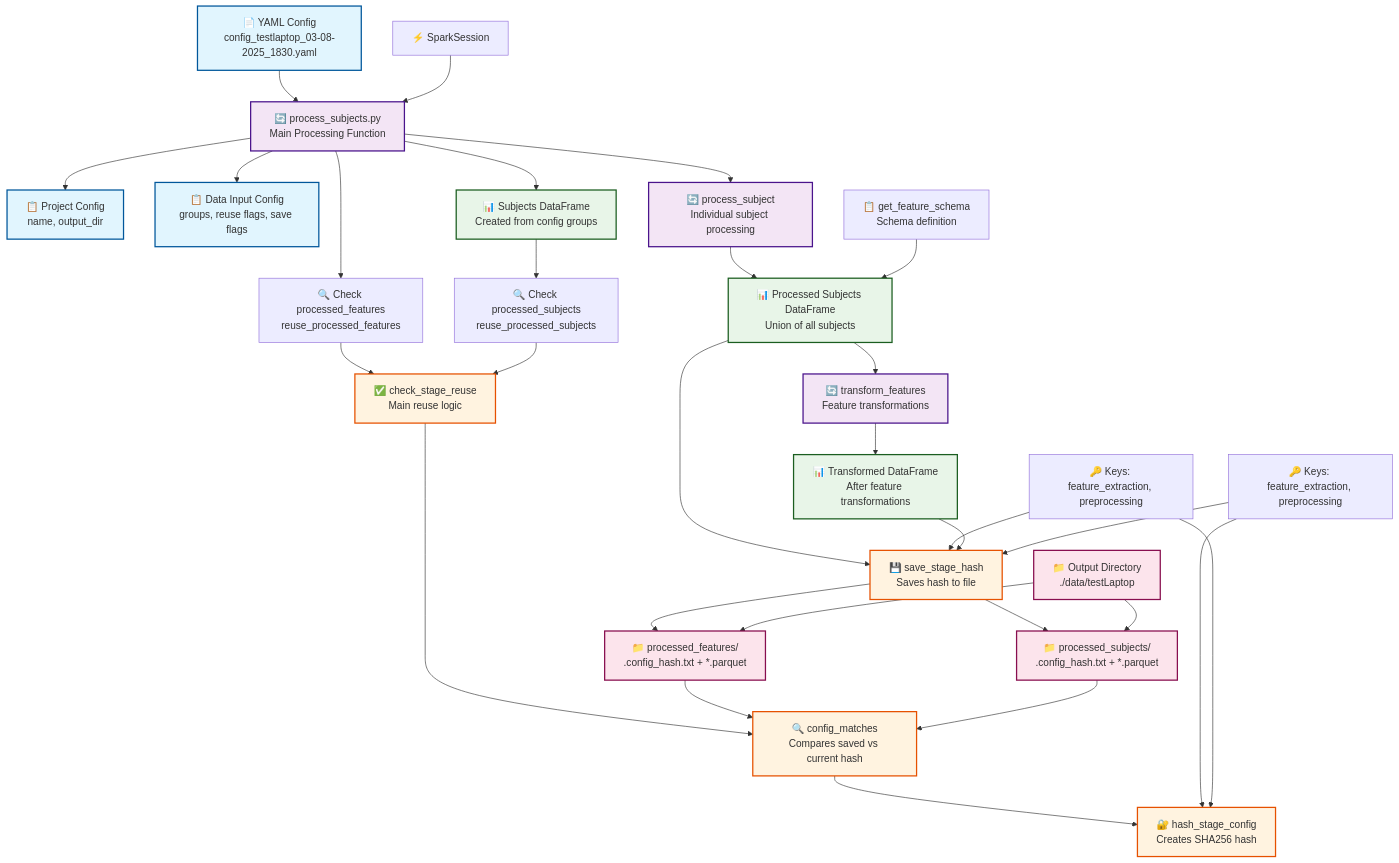
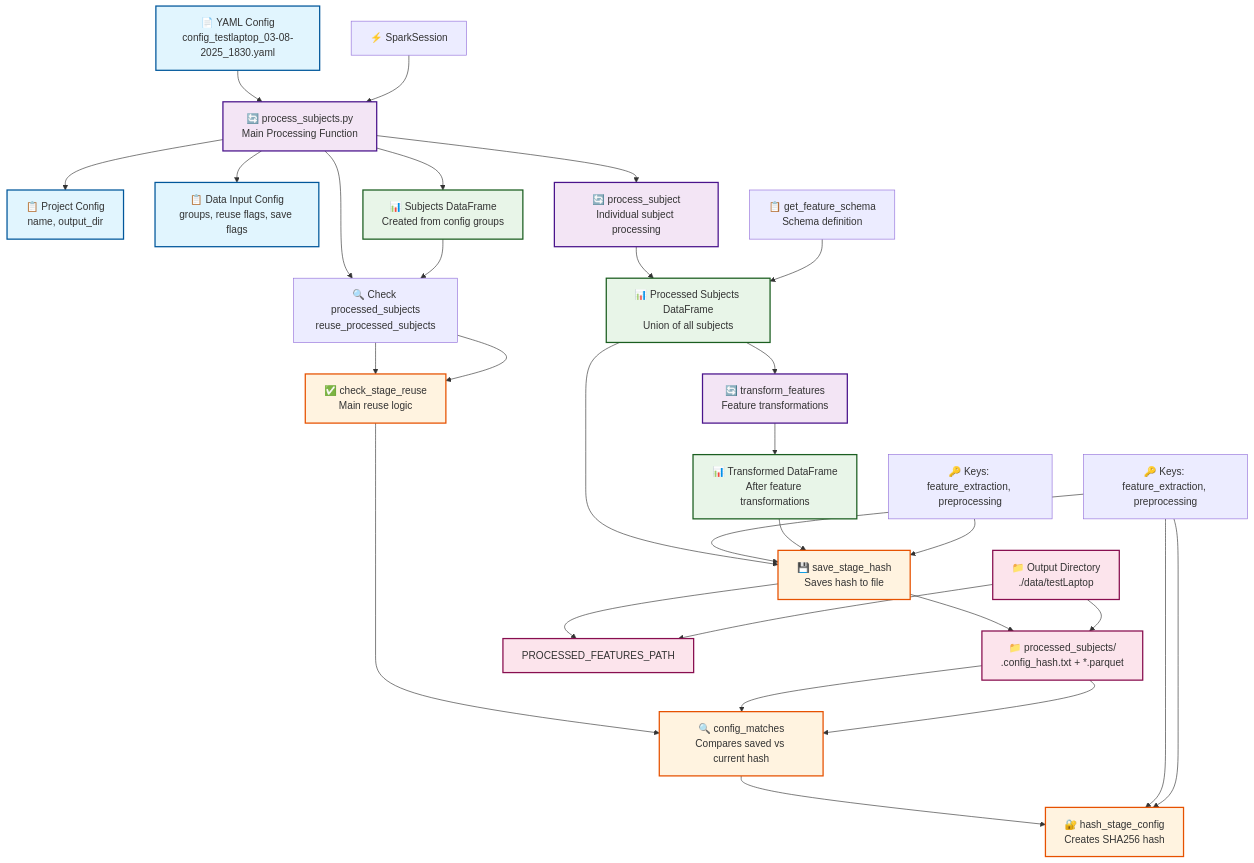
One commit to ans9868/eeg-full-pipeline changed the diagram in notes/eeg-pipeline-hashing-flow.md. Above: the diagram before and after it, drawn with Mermaid. The commit also changed other lines of this file and 4 other files, not shown here.

```diff
--- a/notes/eeg-pipeline-hashing-flow.md
+++ b/notes/eeg-pipeline-hashing-flow.md
@@ -20,7 +20,6 @@
     CHECK_STAGE_REUSE[✅ check_stage_reuse<br/>Main reuse logic]
     
     %% Stage-specific checks
-    PROCESSED_FEATURES_CHECK[🔍 Check processed_features<br/>reuse_processed_features]
     PROCESSED_SUBJECTS_CHECK[🔍 Check processed_subjects<br/>reuse_processed_subjects]
     
     %% Data Processing Components
@@ -31,7 +30,6 @@
     %% File System Operations
     OUTPUT_DIR[📁 Output Directory<br/>./data/testLaptop]
     PROCESSED_SUBJECTS_PATH[📁 processed_subjects/<br/>.config_hash.txt + *.parquet]
-    PROCESSED_FEATURES_PATH[📁 processed_features/<br/>.config_hash.txt + *.parquet]
     
     %% Processing Functions
     PROCESS_SUBJECT[🔄 process_subject<br/>Individual subject processing]
@@ -50,13 +48,13 @@
     PROCESS_SUBJECTS --> PROJECT_CONFIG
     PROCESS_SUBJECTS --> DATA_INPUT_CONFIG
     
-    %% Initial processed_features check
-    PROCESS_SUBJECTS --> PROCESSED_FEATURES_CHECK
-    PROCESSED_FEATURES_CHECK --> CHECK_STAGE_REUSE
+    %% Initial processed_subjects check
+    PROCESS_SUBJECTS --> PROCESSED_SUBJECTS_CHECK
+    PROCESSED_SUBJECTS_CHECK --> CHECK_STAGE_REUSE
     CHECK_STAGE_REUSE --> CONFIG_MATCHES
     CONFIG_MATCHES --> HASH_STAGE_CONFIG
-    PROCESSED_FEATURES_KEYS --> HASH_STAGE_CONFIG
-    PROCESSED_FEATURES_PATH --> CONFIG_MATCHES
+    PROCESSED_SUBJECTS_KEYS --> HASH_STAGE_CONFIG
+    PROCESSED_SUBJECTS_PATH --> CONFIG_MATCHES
     
     %% Subject processing flow
     PROCESS_SUBJECTS --> SUBJECTS_DF
```
